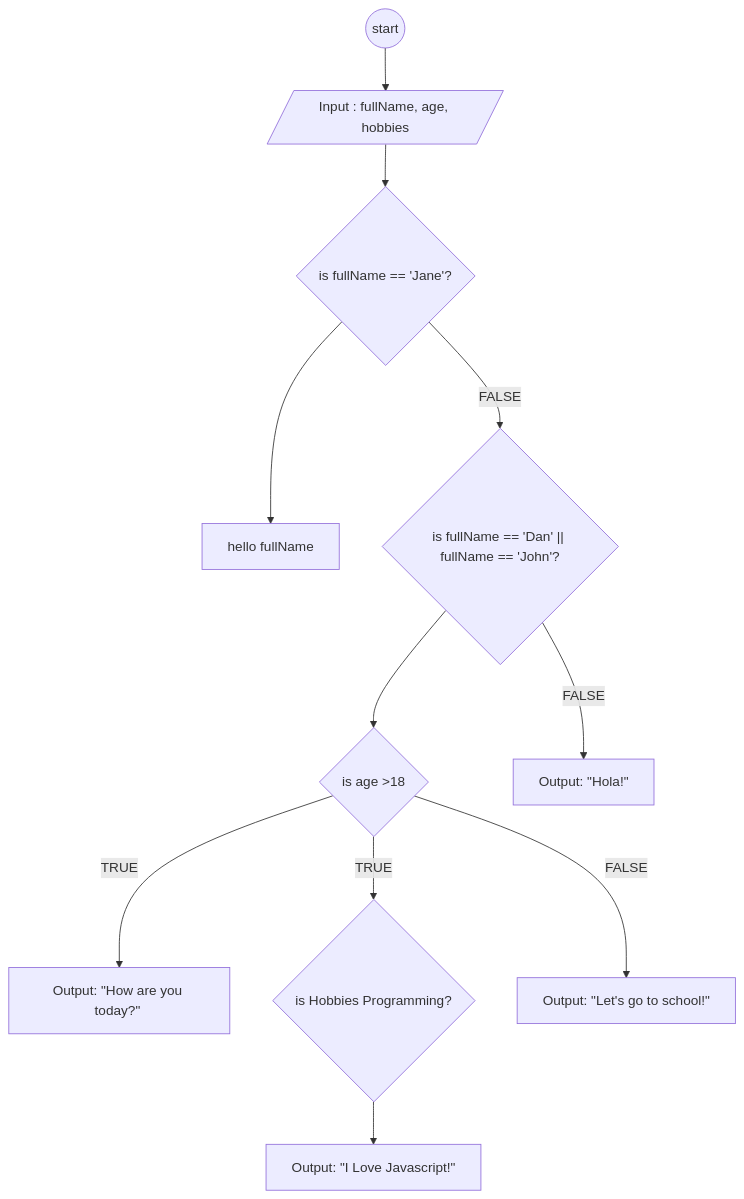
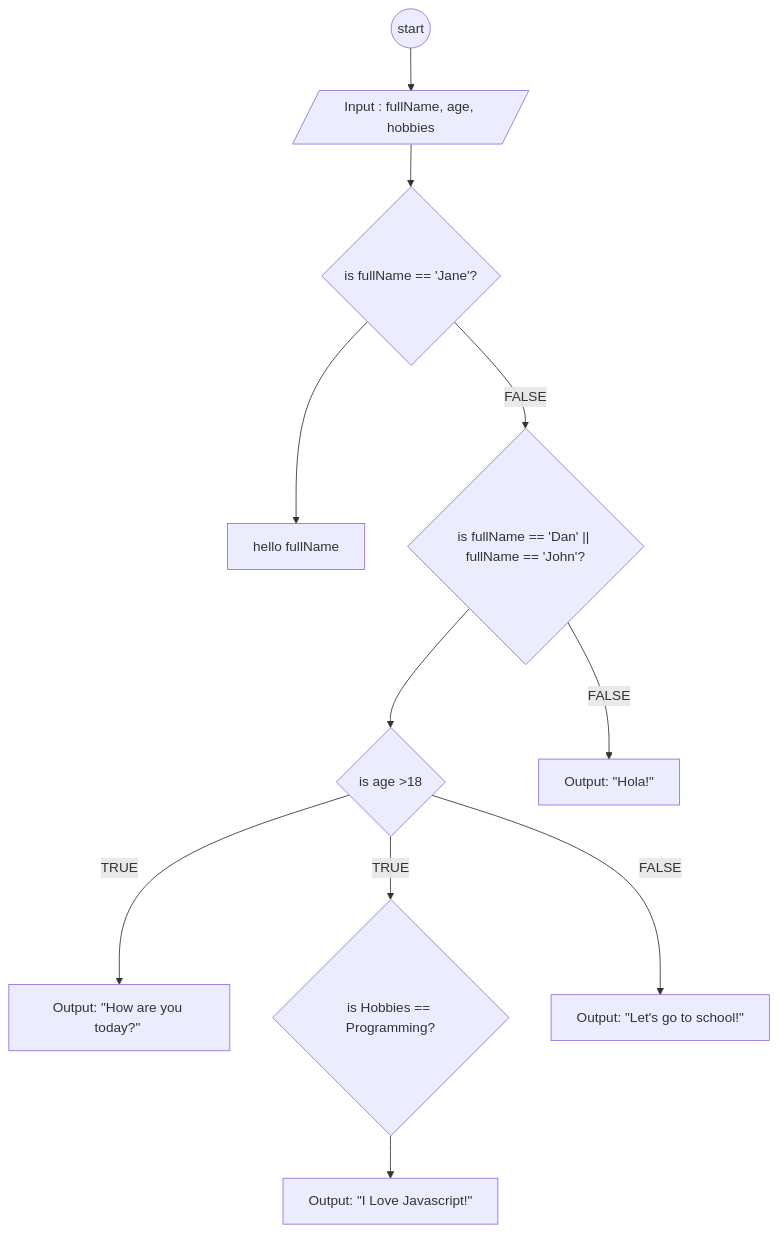
One commit to makarim22/koda-b6-javascript1 changed the diagram in flowchart-fullName.md. Above: the diagram before and after it, drawn with Mermaid.

````diff
--- a/flowchart-fullName.md
+++ b/flowchart-fullName.md
@@ -1,32 +1,33 @@
 ```mermaid
 flowchart TD
 A@{ shape: circle, label: "start"} --> B
 
 B@{ shape: lean-r, label: "Input : fullName, age, hobbies" } --> C
 
 C@{ shape: diamond, label: "is fullName == 'Jane'?" } --> D
 
 C -- FALSE --> E
 
 D@{ shape: rect, label: "hello fullName"} 
 
 E@{ shape: diamond, label: "is fullName == 'Dan' || fullName == 'John'?" } --> F
 
 E -- FALSE --> K
 
 F@{ shape: diamond, label: "is age >18"} --> |TRUE| G
 
 F -- TRUE --> I
 
-I@{ shape: diamond, label: "is Hobbies Programming?" } --> J
+I@{ shape: diamond, label: "is Hobbies == Programming?" } --> J
 
 J@{ shape: rect, label: "Output: \"I Love Javascript!\" " }
 
 F -- FALSE --> H
 
 G@{ shape: rect, label: "Output: \"How are you today?\" " }
 
 H@{ shape: rect, label: "Output: \"Let's go to school!\" " } 
 
 K@{ shape: rect, label: "Output: \"Hola!\" " }
+
 ```
````
